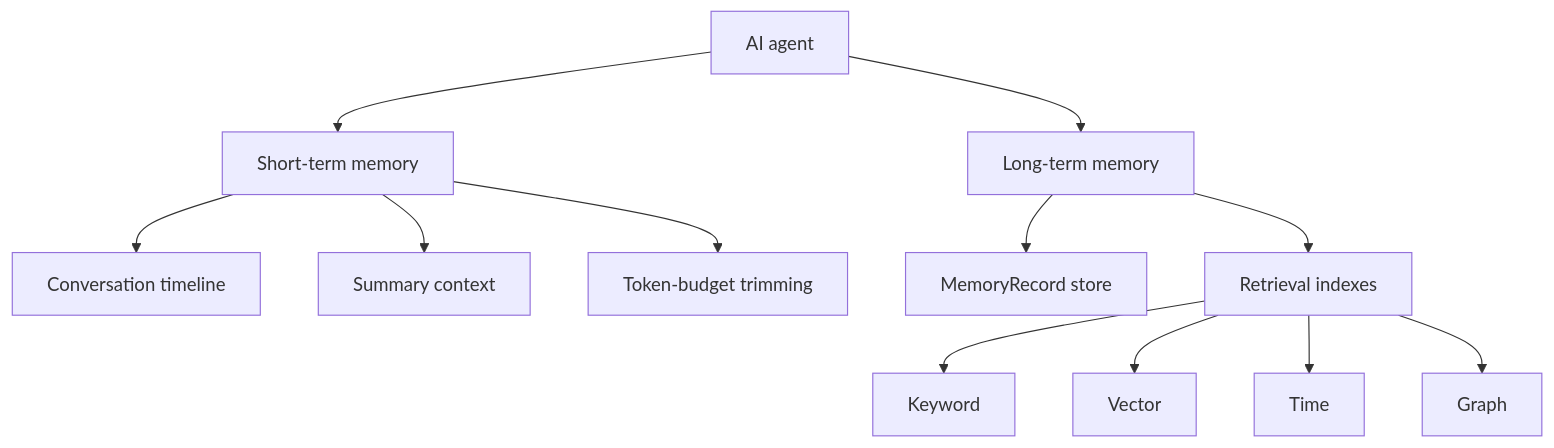
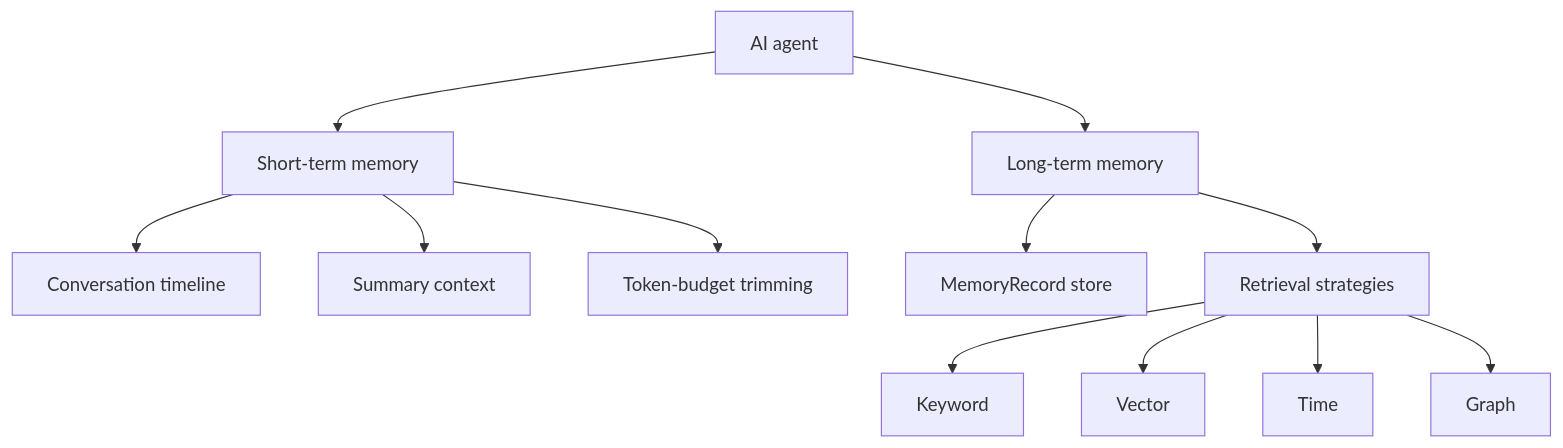
The first of 2 diagrams in README.md (hluchetu/llm-memory-from-scratch-), drawn with Mermaid before and after one commit. The commit also changed other lines of this file and 10 other files, not shown here.

Commit message:
Refactor long-term memory architecture

````diff
--- a/README.md
+++ b/README.md
@@ -61,17 +61,17 @@
 ```mermaid
 flowchart TB
     Agent["AI agent"] --> ShortTerm["Short-term memory"]
     Agent --> LongTerm["Long-term memory"]
 
     ShortTerm --> Conversation["Conversation timeline"]
     ShortTerm --> Summary["Summary context"]
     ShortTerm --> Trimming["Token-budget trimming"]
 
     LongTerm --> Records["MemoryRecord store"]
-    LongTerm --> Indexes["Retrieval indexes"]
+    LongTerm --> Retrieval["Retrieval strategies"]
 
-    Indexes --> Keyword["Keyword"]
-    Indexes --> Vector["Vector"]
-    Indexes --> Time["Time"]
-    Indexes --> Graph["Graph"]
+    Retrieval --> Keyword["Keyword"]
+    Retrieval --> Vector["Vector"]
+    Retrieval --> Time["Time"]
+    Retrieval --> Graph["Graph"]
 ```
````
